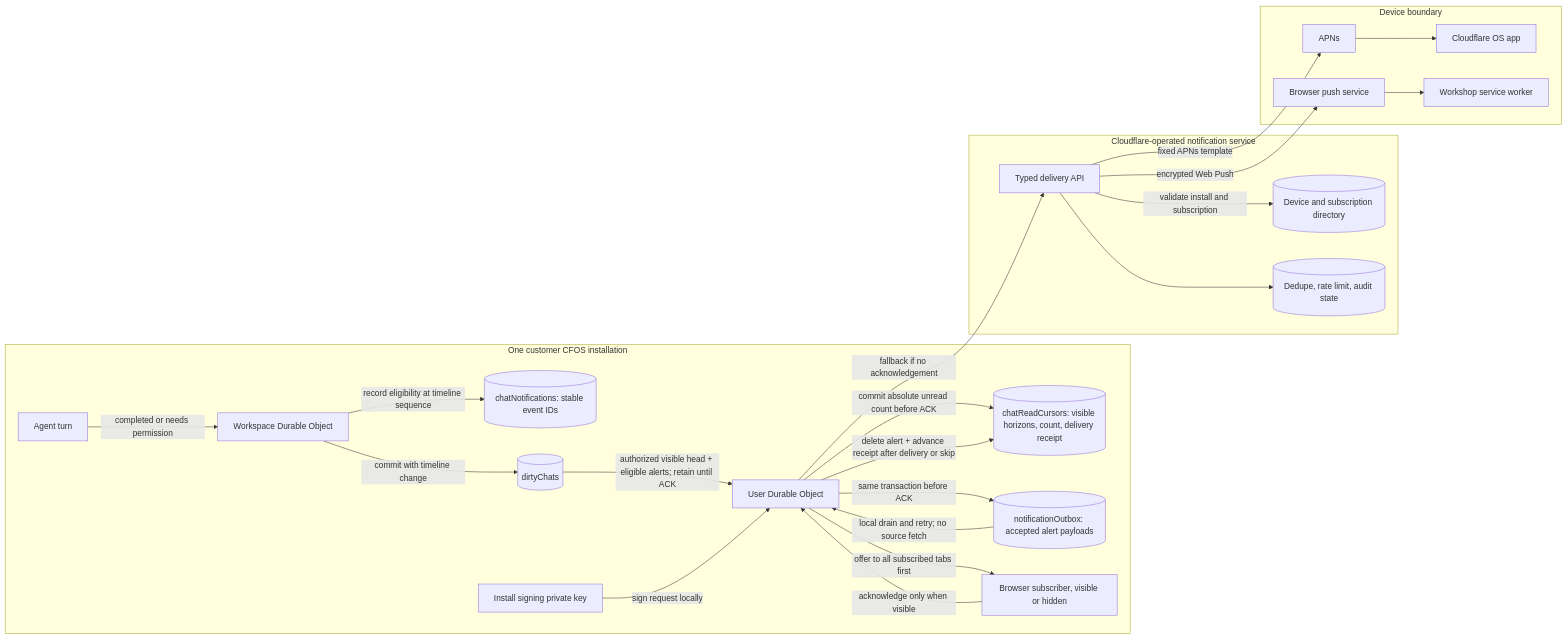
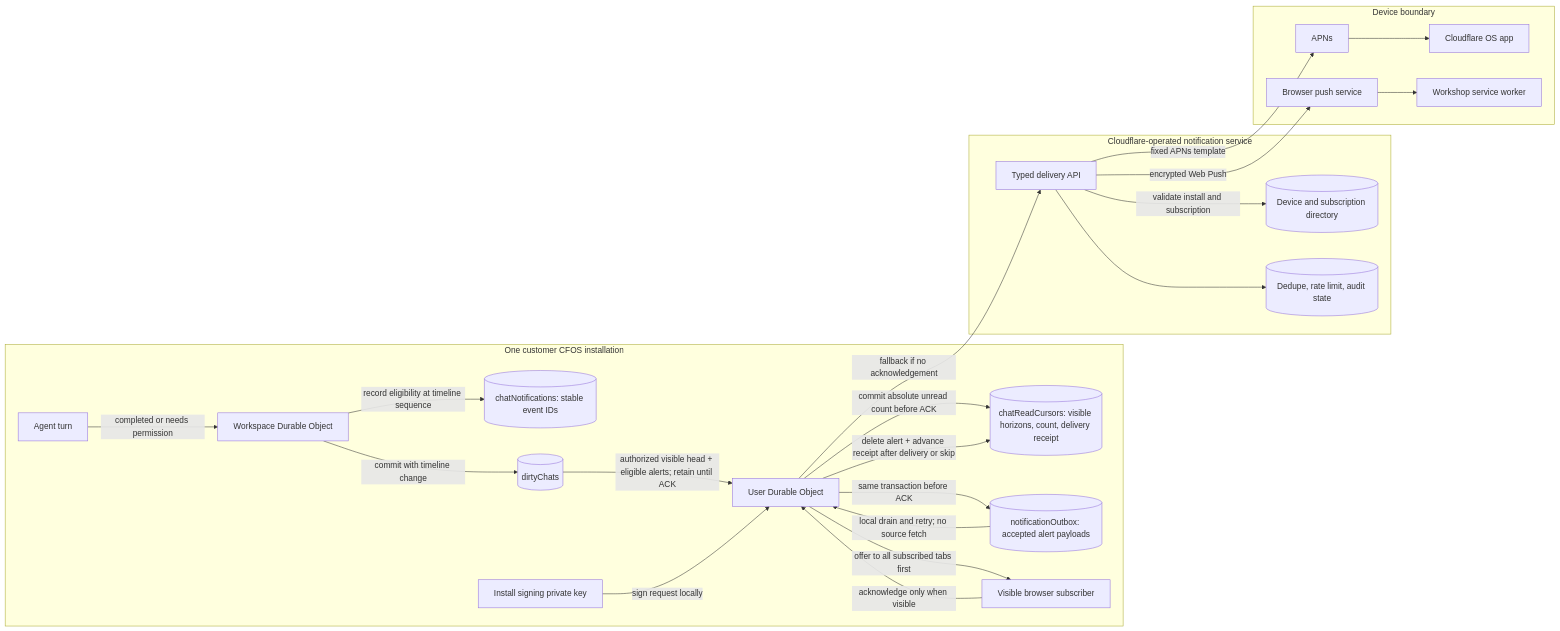
Before and after one commit to cloudflare/cloudflare-os: the second of 2 diagrams in docs/notifications.md, drawn with Mermaid. The commit also changed other lines of this file and 13 other files, not shown here.

Commit message:
Simplify unread timeline actions and avoid live reply flicker

````diff
--- a/docs/notifications.md
+++ b/docs/notifications.md
@@ -145,46 +145,46 @@
 ```mermaid
 flowchart LR
   subgraph Install[One customer CFOS installation]
     Agent[Agent turn]
     Workspace[Workspace Durable Object]
     Candidates[(chatNotifications: stable event IDs)]
     SourceDirty[(dirtyChats)]
     User[User Durable Object]
     Cursor[(chatReadCursors: visible horizons, count, delivery receipt)]
     Outbox[(notificationOutbox: accepted alert payloads)]
-    Browser[Browser subscriber, visible or hidden]
+    Browser[Visible browser subscriber]
     Key[Install signing private key]
   end
 
   subgraph Central[Cloudflare-operated notification service]
     Delivery[Typed delivery API]
     Registry[(Device and subscription directory)]
     Audit[(Dedupe, rate limit, audit state)]
   end
 
   subgraph Devices[Device boundary]
     APNS[APNs]
     App[Cloudflare OS app]
     WebPush[Browser push service]
     Worker[Workshop service worker]
   end
 
   Agent -->|completed or needs permission| Workspace
   Workspace -->|record eligibility at timeline sequence| Candidates
   Workspace -->|commit with timeline change| SourceDirty
   SourceDirty -->|authorized visible head + eligible alerts; retain until ACK| User
   User -->|commit absolute unread count before ACK| Cursor
   User -->|same transaction before ACK| Outbox
   Outbox -->|local drain and retry; no source fetch| User
   User -->|offer to all subscribed tabs first| Browser
   Browser -->|acknowledge only when visible| User
   User -->|delete alert + advance receipt after delivery or skip| Cursor
   User -->|fallback if no acknowledgement| Delivery
   Key -->|sign request locally| User
   Delivery -->|validate install and subscription| Registry
   Delivery --> Audit
   Delivery -->|fixed APNs template| APNS
   APNS --> App
   Delivery -->|encrypted Web Push| WebPush
   WebPush --> Worker
 ```
````
